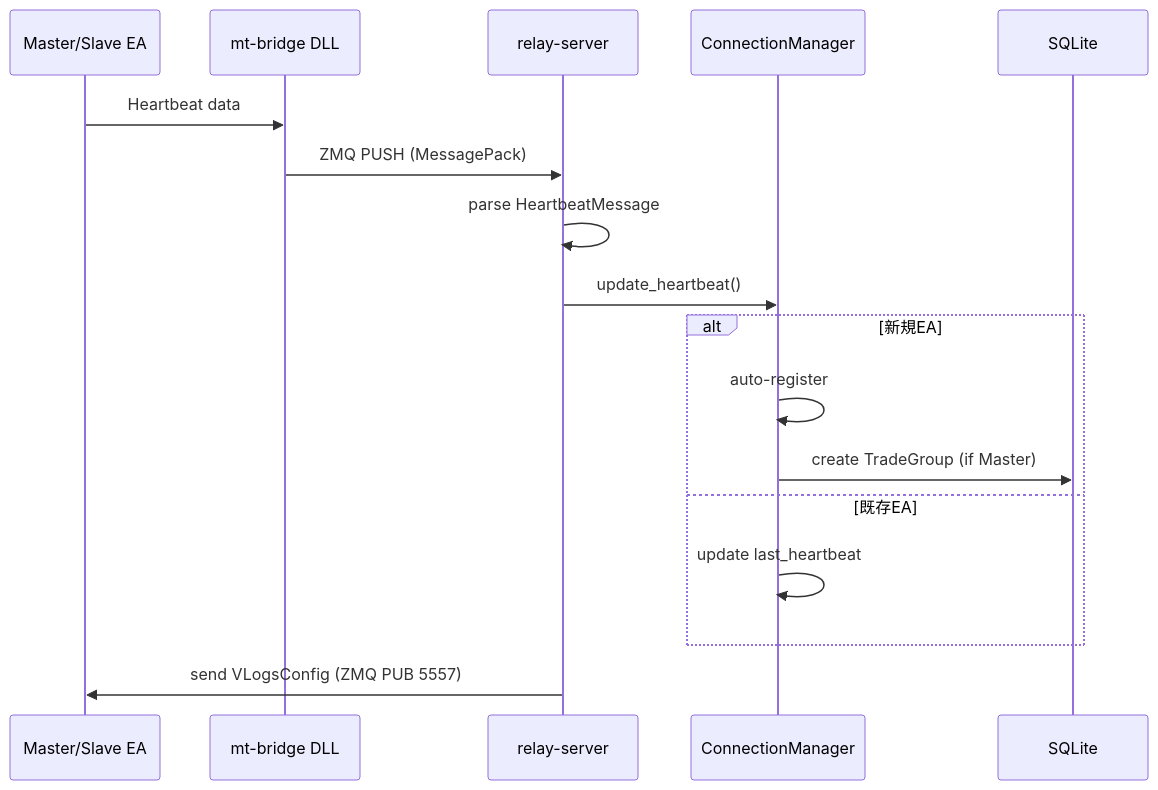
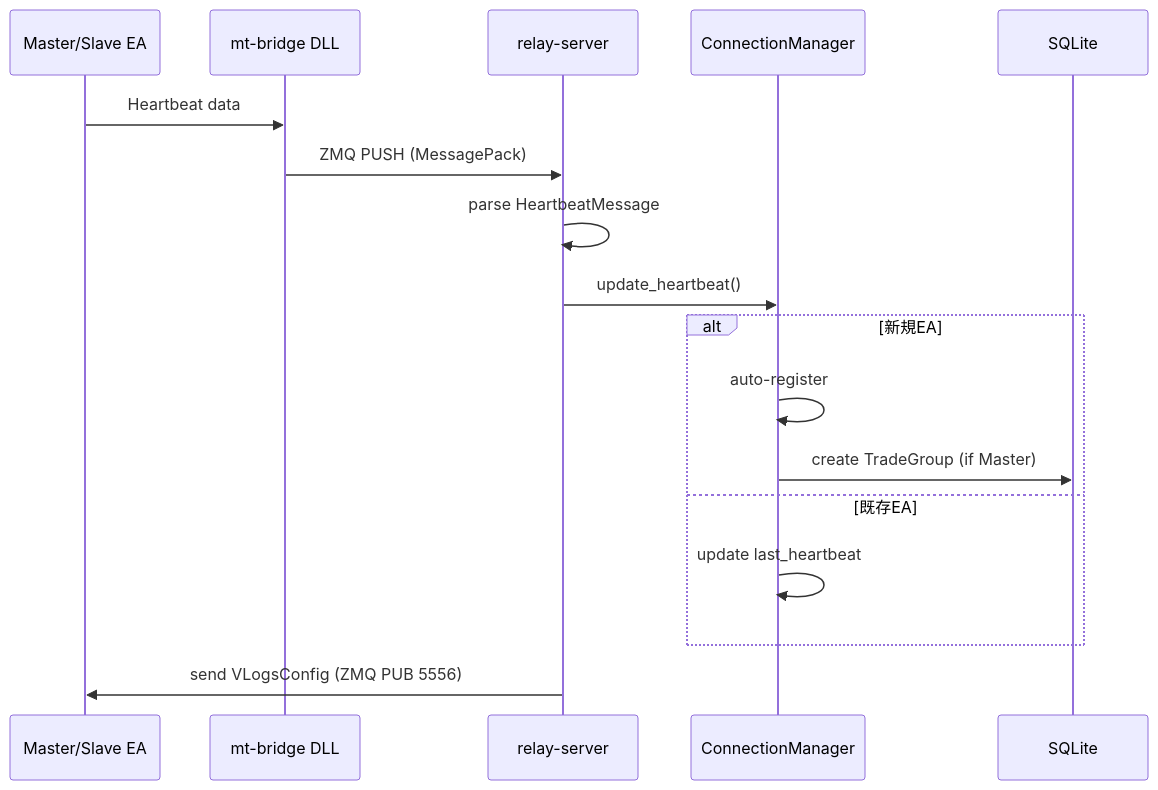
The third of 5 diagrams in docs/relay-server.md (poruru210/sankey-copier), drawn with Mermaid before and after one commit. The commit also changed other lines of this file and 35 other files, not shown here.

````diff
--- a/docs/relay-server.md
+++ b/docs/relay-server.md
@@ -230,22 +229,22 @@
 ```mermaid
 sequenceDiagram
     participant EA as Master/Slave EA
     participant DLL as mt-bridge DLL
     participant RS as relay-server
     participant CM as ConnectionManager
     participant DB as SQLite
 
     EA->>DLL: Heartbeat data
     DLL->>RS: ZMQ PUSH (MessagePack)
     RS->>RS: parse HeartbeatMessage
     RS->>CM: update_heartbeat()
 
     alt 新規EA
         CM->>CM: auto-register
         CM->>DB: create TradeGroup (if Master)
     else 既存EA
         CM->>CM: update last_heartbeat
     end
 
-    RS->>EA: send VLogsConfig (ZMQ PUB 5557)
+    RS->>EA: send VLogsConfig (ZMQ PUB 5556)
 ```
````
